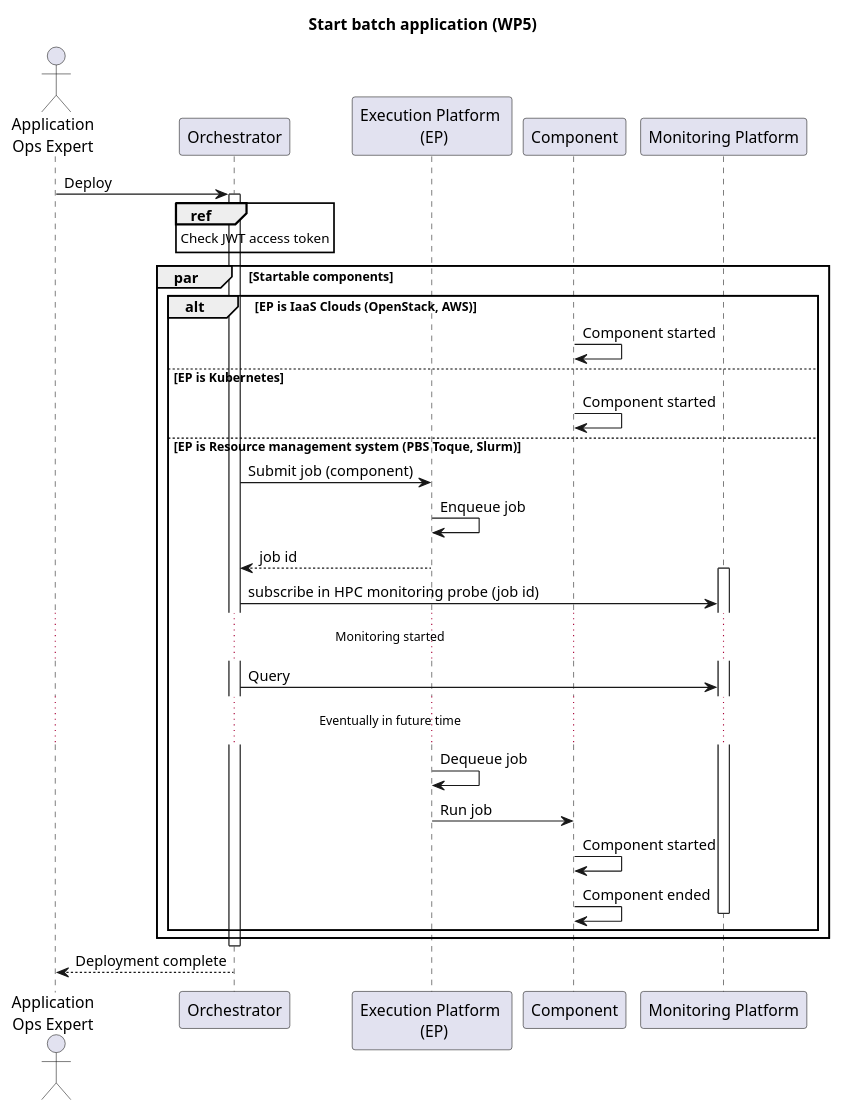
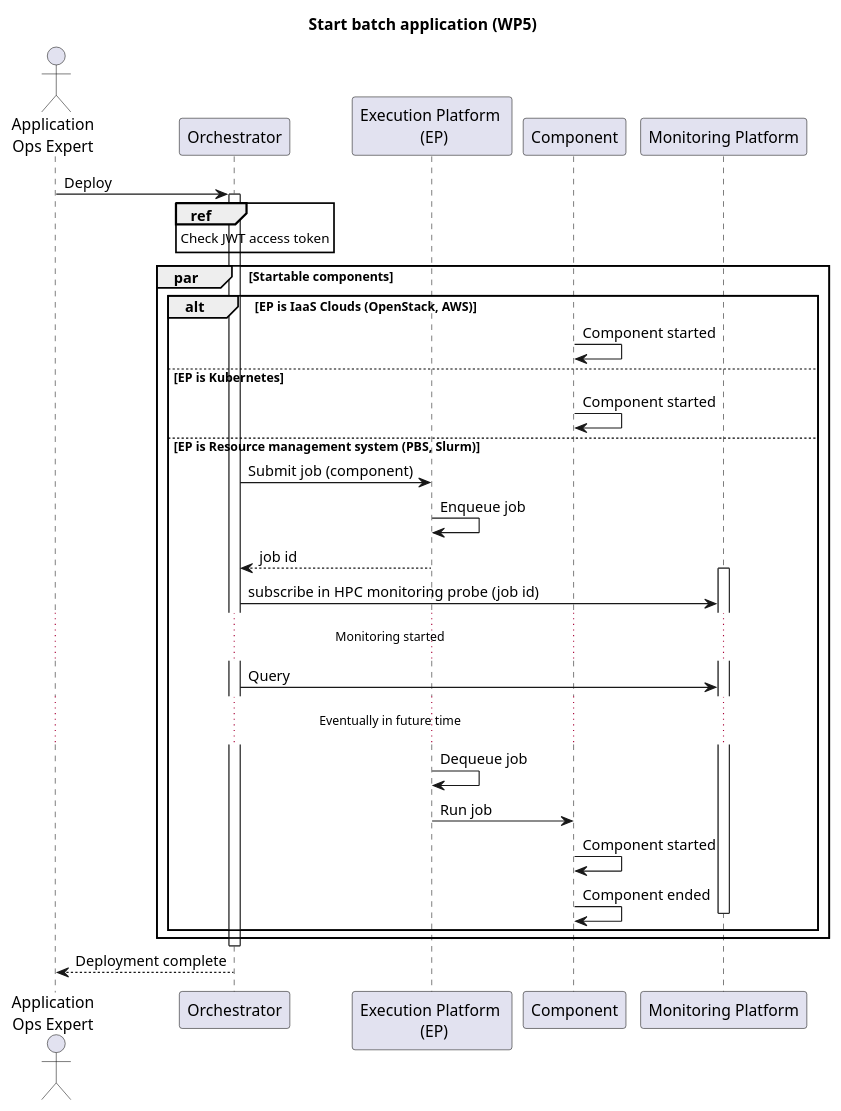
Before and after one commit to SODALITE-EU/project-wide-documentation: the diagram in uml/sequence-diagrams/UC-07-StartApplication-WP5.puml, drawn with PlantUML.

Commit message:
d2.3: UC7 fix

```diff
--- a/uml/sequence-diagrams/UC-07-StartApplication-WP5.puml
+++ b/uml/sequence-diagrams/UC-07-StartApplication-WP5.puml
@@ -1,40 +1,40 @@
 @startuml
 
 title Start batch application (WP5)
 
 actor "Application\nOps Expert" as ops
 participant  Orchestrator as orch
 participant "Execution Platform \n (EP)" as res
 participant "Component" as lre
 participant "Monitoring Platform" as mon
 
 ops->orch: Deploy
 activate orch
 ref over orch: Check JWT access token
 par Startable components
   alt EP is IaaS Clouds (OpenStack, AWS)
     lre->lre: Component started
   else EP is Kubernetes
     lre->lre: Component started
-  else  EP is Resource management system (PBS Toque, Slurm)
+  else  EP is Resource management system (PBS, Slurm)
     orch->res: Submit job (component)
     res->res: Enqueue job
     orch<--res: job id
     activate mon
     orch->mon: subscribe in HPC monitoring probe (job id)
     ...Monitoring started...
     orch->mon: Query
     ... Eventually in future time ...
     res->res: Dequeue job
     res->lre: Run job
     lre->lre: Component started
     lre->lre: Component ended
     deactivate mon
   end
 
 end
 
 deactivate orch
 orch-->ops: Deployment complete
 
 @enduml
```
